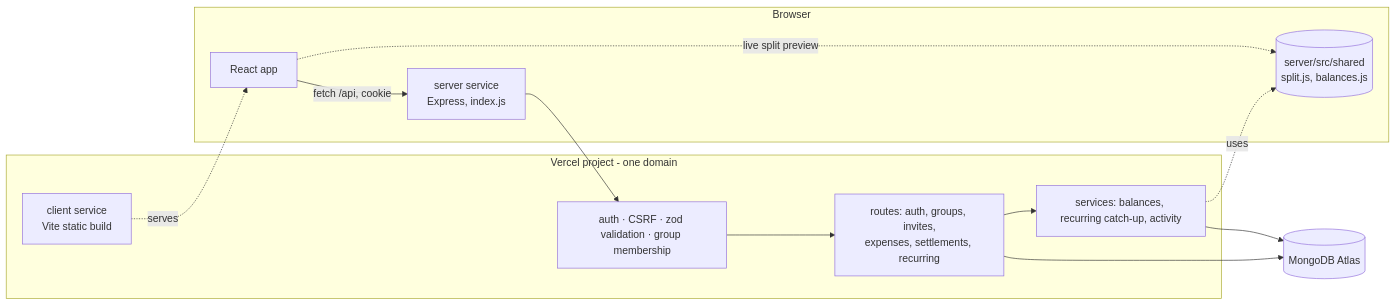
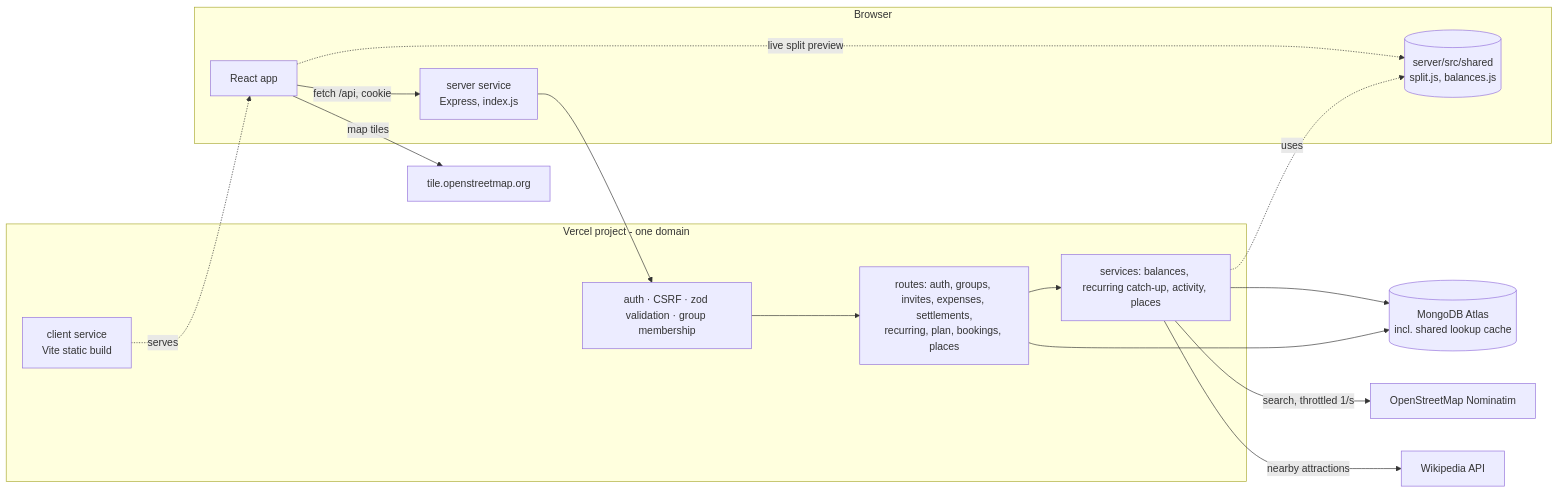
Before and after one commit to sanjyotbodhe/hisaab: the diagram in README.md, drawn with Mermaid. The commit also changed other lines of this file and 3 other files, not shown here.

Commit message:
Document trip planning, bookings, UPI and map; add screenshots

````diff
--- a/README.md
+++ b/README.md
@@ -58,16 +65,19 @@
 ```mermaid
 flowchart LR
   subgraph Browser
     UI[React app] -->|fetch /api, cookie| API
     UI -. live split preview .-> SH[(server/src/shared<br/>split.js, balances.js)]
   end
   subgraph Vercel project - one domain
     CL[client service<br/>Vite static build] -.serves.-> UI
     API[server service<br/>Express, index.js] --> MW[auth · CSRF · zod validation · group membership]
-    MW --> R[routes: auth, groups, invites,<br/>expenses, settlements, recurring]
-    R --> S[services: balances, recurring catch-up, activity]
+    MW --> R[routes: auth, groups, invites, expenses, settlements,<br/>recurring, plan, bookings, places]
+    R --> S[services: balances, recurring catch-up, activity, places]
     S -.uses.-> SH
   end
-  S --> DB[(MongoDB Atlas)]
+  S --> DB[(MongoDB Atlas<br/>incl. shared lookup cache)]
   R --> DB
+  S -->|search, throttled 1/s| OSM[OpenStreetMap Nominatim]
+  S -->|nearby attractions| WIKI[Wikipedia API]
+  UI -->|map tiles| TILES[tile.openstreetmap.org]
 ```
````
